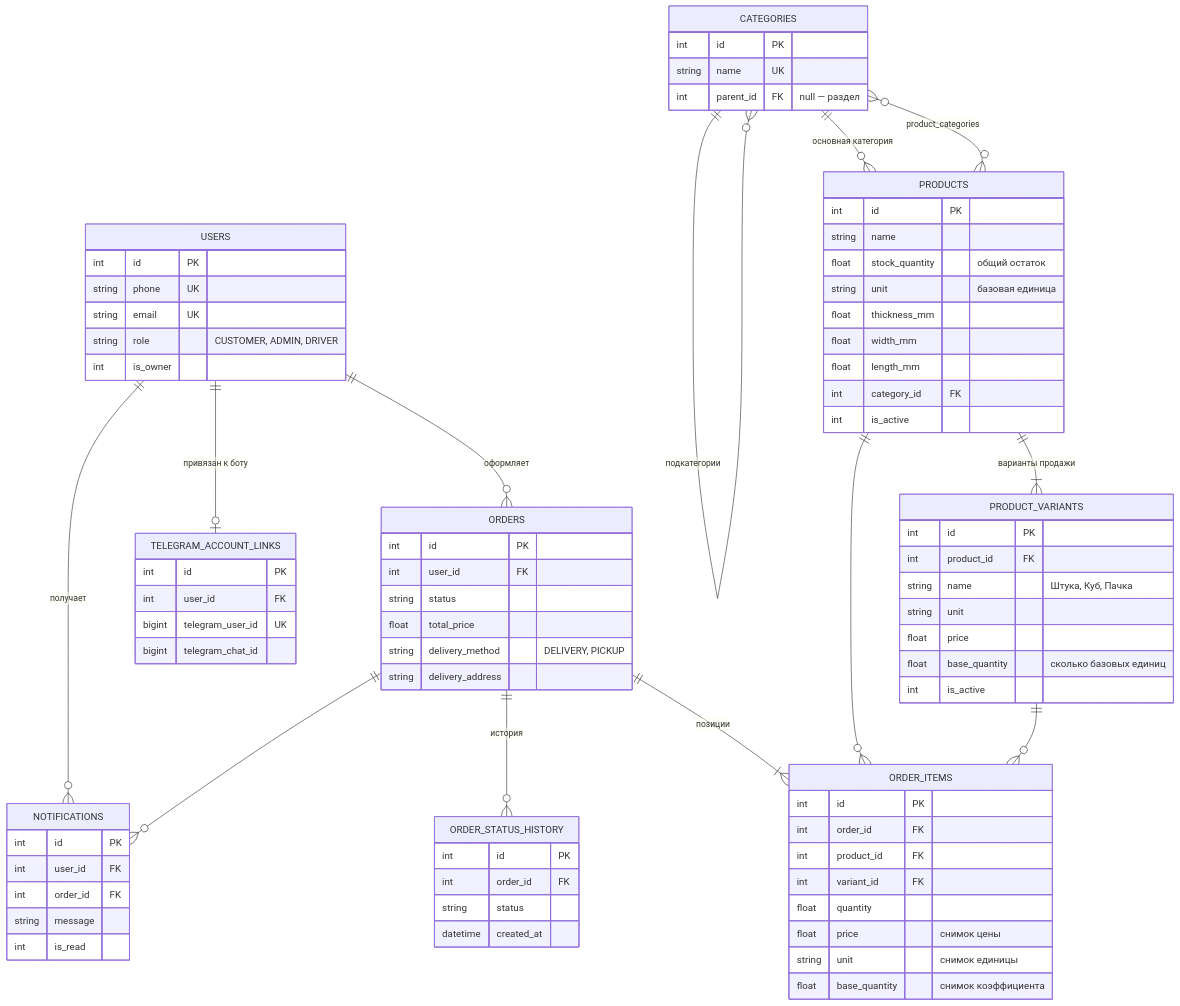
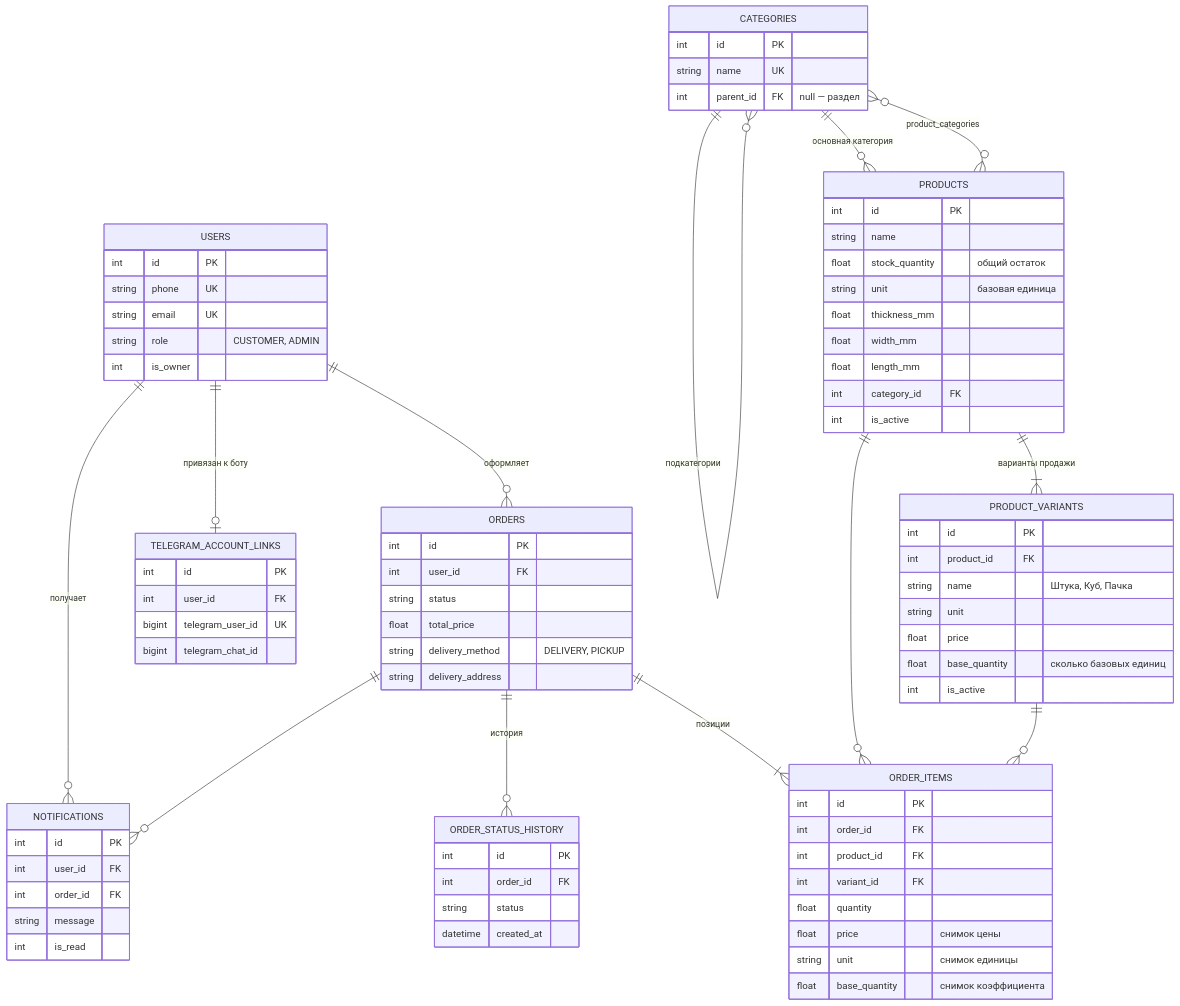
Before and after one commit to haz2007/-Builder-s-Friend-: the second of 9 diagrams in docs/diagrams.md, drawn with Mermaid. The commit also changed other lines of this file and 44 other files, not shown here.

First line of the commit message:
Remove driver role, redesign admin buttons, harden and prepare deploy

```diff
--- a/docs/diagrams.md
+++ b/docs/diagrams.md
@@ -58,7 +70,7 @@
         int id PK
         string phone UK
         string email UK
-        string role "CUSTOMER, ADMIN, DRIVER"
+        string role "CUSTOMER, ADMIN"
         int is_owner
     }
     CATEGORIES {
```
